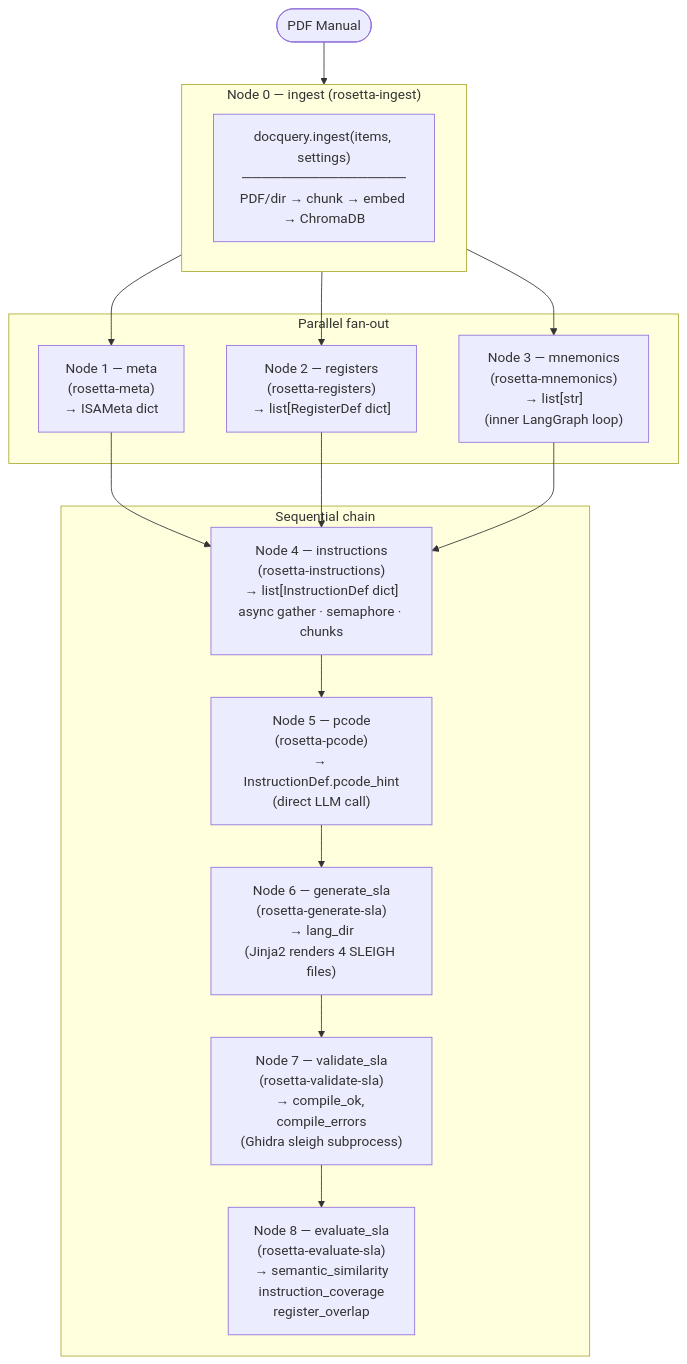
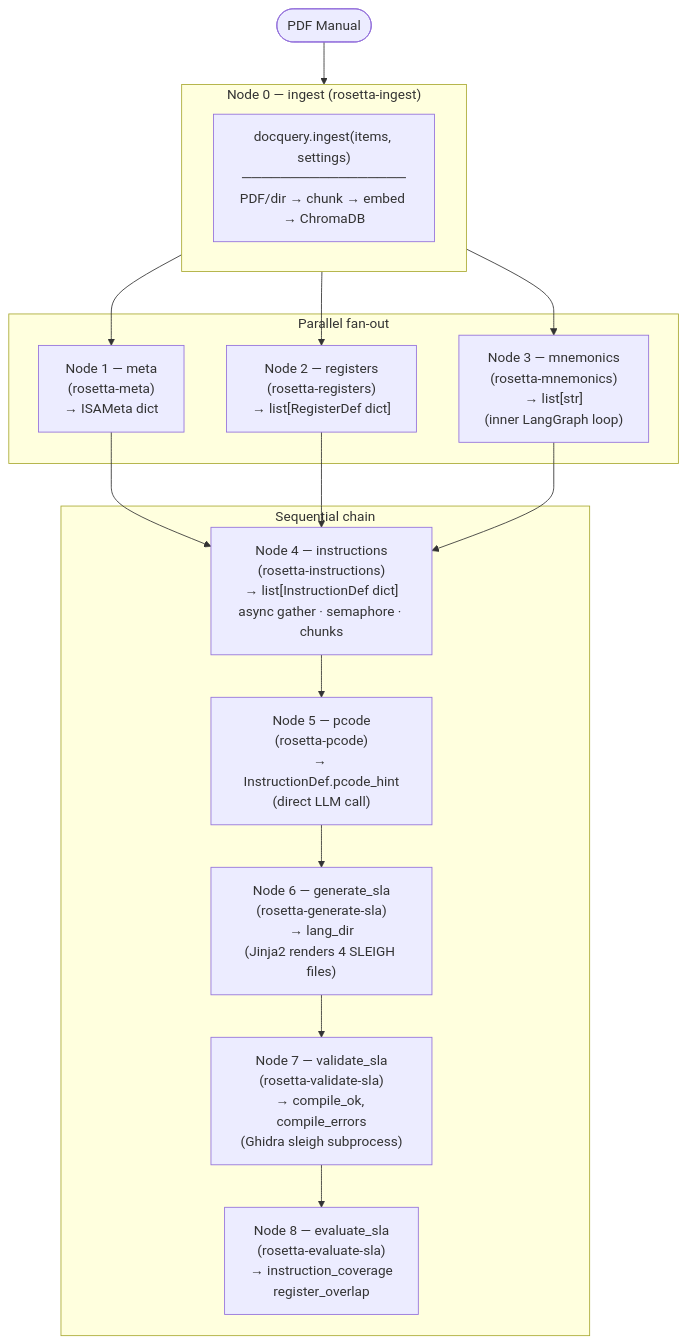
Before and after one commit to GSBhub/Rosetta: the first of 4 diagrams in docs/data-flow.md, drawn with Mermaid. The commit also changed other lines of this file and 3 other files, not shown here.

````diff
--- a/docs/data-flow.md
+++ b/docs/data-flow.md
@@ -13,27 +13,27 @@
 ```mermaid
 flowchart TD
     PDF([PDF Manual])
 
     subgraph INGEST["Node 0 — ingest  (rosetta-ingest)"]
         ING["docquery.ingest(items, settings)\n─────────────────\nPDF/dir → chunk → embed → ChromaDB"]
     end
 
     subgraph FANOUT["Parallel fan-out"]
         META["Node 1 — meta\n(rosetta-meta)\n→ ISAMeta dict"]
         REG["Node 2 — registers\n(rosetta-registers)\n→ list[RegisterDef dict]"]
         MNE["Node 3 — mnemonics\n(rosetta-mnemonics)\n→ list[str]\n(inner LangGraph loop)"]
     end
 
     subgraph SEQ["Sequential chain"]
         INSTR["Node 4 — instructions\n(rosetta-instructions)\n→ list[InstructionDef dict]\nasync gather · semaphore · chunks"]
         PCODE["Node 5 — pcode\n(rosetta-pcode)\n→ InstructionDef.pcode_hint\n(direct LLM call)"]
         GENSLA["Node 6 — generate_sla\n(rosetta-generate-sla)\n→ lang_dir\n(Jinja2 renders 4 SLEIGH files)"]
         VALSLA["Node 7 — validate_sla\n(rosetta-validate-sla)\n→ compile_ok, compile_errors\n(Ghidra sleigh subprocess)"]
-        EVALSLA["Node 8 — evaluate_sla\n(rosetta-evaluate-sla)\n→ semantic_similarity\n   instruction_coverage\n   register_overlap"]
+        EVALSLA["Node 8 — evaluate_sla\n(rosetta-evaluate-sla)\n→ instruction_coverage\n   register_overlap"]
     end
 
     PDF --> INGEST
     INGEST --> META & REG & MNE
     META & REG & MNE --> INSTR
     INSTR --> PCODE --> GENSLA --> VALSLA --> EVALSLA
 ```
````
